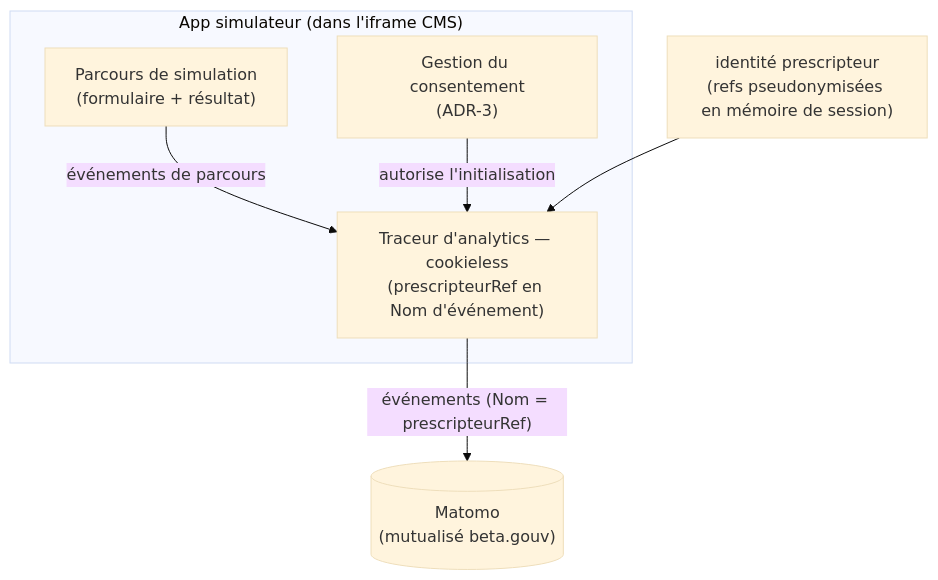
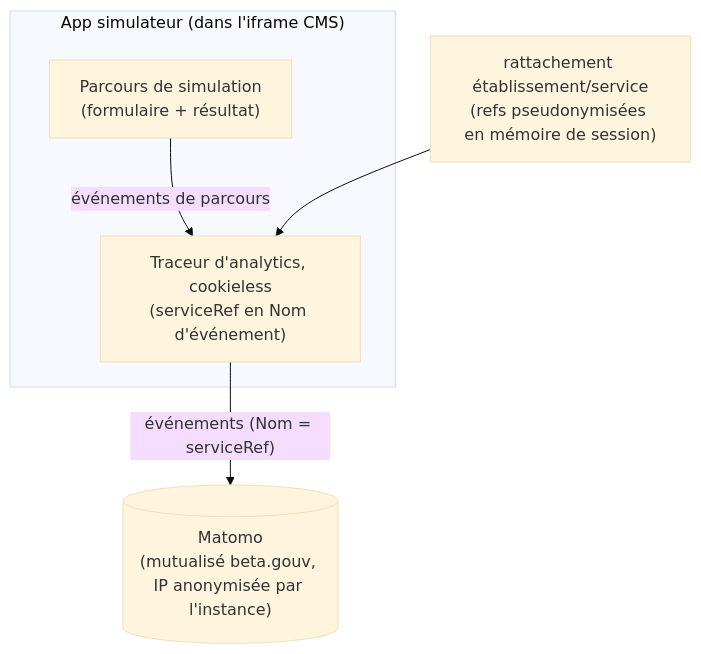
Before and after one commit to betagouv/transports-sanitaires: the diagram in apps/simulateur-eligibilite/docs/knowledge/adr/analytics.md, drawn with Mermaid (base theme). The commit also changed other lines of this file and 4 other files, not shown here.

First line of the commit message:
docs(simulateur): consigne le rattachement sans identité dans les ADR

````diff
--- a/apps/simulateur-eligibilite/docs/knowledge/adr/analytics.md
+++ b/apps/simulateur-eligibilite/docs/knowledge/adr/analytics.md
@@ -120,14 +144,12 @@
 ```mermaid
 flowchart TB
     subgraph simu["App simulateur (dans l'iframe CMS)"]
         parcours["Parcours de simulation<br/>(formulaire + résultat)"]
-        consent["Gestion du consentement<br/>(ADR-3)"]
-        traceur["Traceur d'analytics — cookieless<br/>(prescripteurRef en Nom d'événement)"]
+        traceur["Traceur d'analytics, cookieless<br/>(serviceRef en Nom d'événement)"]
         parcours -->|"événements de parcours"| traceur
-        consent -->|"autorise l'initialisation"| traceur
     end
-    matomo[("Matomo<br/>(mutualisé beta.gouv)")]
+    matomo[("Matomo<br/>(mutualisé beta.gouv, IP anonymisée par l'instance)")]
 
-    identite["identité prescripteur<br/>(refs pseudonymisées en mémoire de session)"] --> traceur
-    traceur -->|"événements (Nom = prescripteurRef)"| matomo
+    rattachement["rattachement établissement/service<br/>(refs pseudonymisées en mémoire de session)"] --> traceur
+    traceur -->|"événements (Nom = serviceRef)"| matomo
 ```
````
